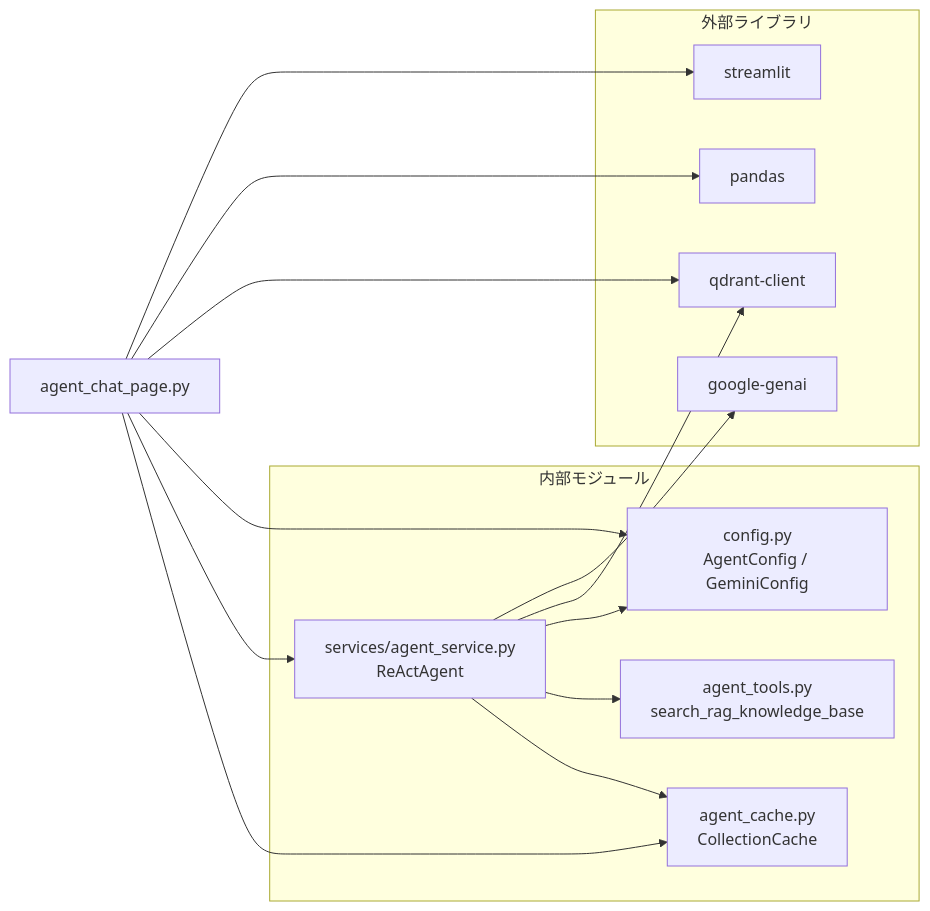
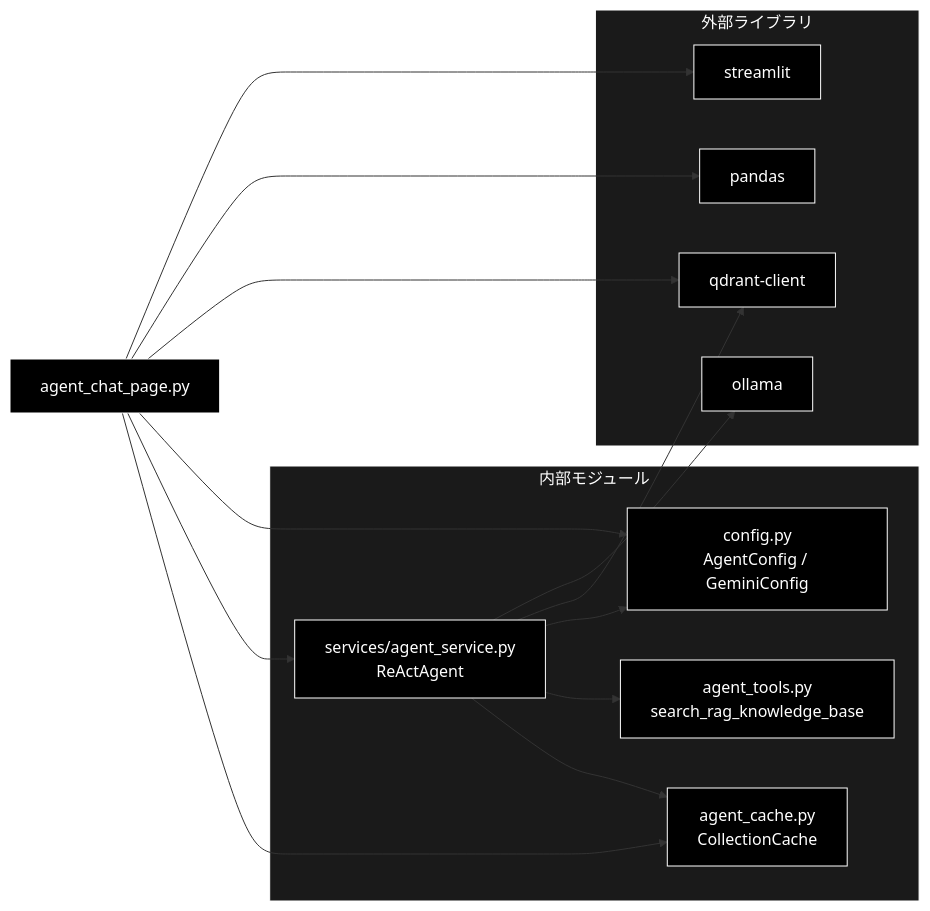
Before and after one commit to nakashima2toshio/ollama_grace_agent_v2: the sixth of 7 diagrams in ui/doc/agent_chat_page.md, drawn with Mermaid. The commit also changed other lines of this file and 10 other files, not shown here.

````diff
--- a/ui/doc/agent_chat_page.md
+++ b/ui/doc/agent_chat_page.md
@@ -715,31 +751,36 @@
 ```mermaid
 flowchart LR
     PAGE[agent_chat_page.py]
 
     subgraph EXTERNAL["外部ライブラリ"]
         ST[streamlit]
         PD[pandas]
         QC[qdrant-client]
-        GG[google-genai]
+        GG[ollama]
     end
 
     subgraph INTERNAL["内部モジュール"]
         CONFIG[config.py<br/>AgentConfig / GeminiConfig]
         AGENT_SVC[services/agent_service.py<br/>ReActAgent]
         AGENT_CACHE[agent_cache.py<br/>CollectionCache]
         AGENT_TOOLS[agent_tools.py<br/>search_rag_knowledge_base]
     end
 
     PAGE --> ST
     PAGE --> PD
     PAGE --> QC
     PAGE --> CONFIG
     PAGE --> AGENT_SVC
     PAGE --> AGENT_CACHE
 
     AGENT_SVC --> GG
     AGENT_SVC --> QC
     AGENT_SVC --> CONFIG
     AGENT_SVC --> AGENT_TOOLS
     AGENT_SVC --> AGENT_CACHE
+classDef default fill:#000,stroke:#fff,color:#fff
+classDef subgraphStyle fill:#1a1a1a,stroke:#fff,color:#fff
+class PAGE,ST,PD,QC,GG,CONFIG,AGENT_SVC,AGENT_CACHE,AGENT_TOOLS default
+style EXTERNAL fill:#1a1a1a,stroke:#fff,color:#fff
+style INTERNAL fill:#1a1a1a,stroke:#fff,color:#fff
 ```
````
